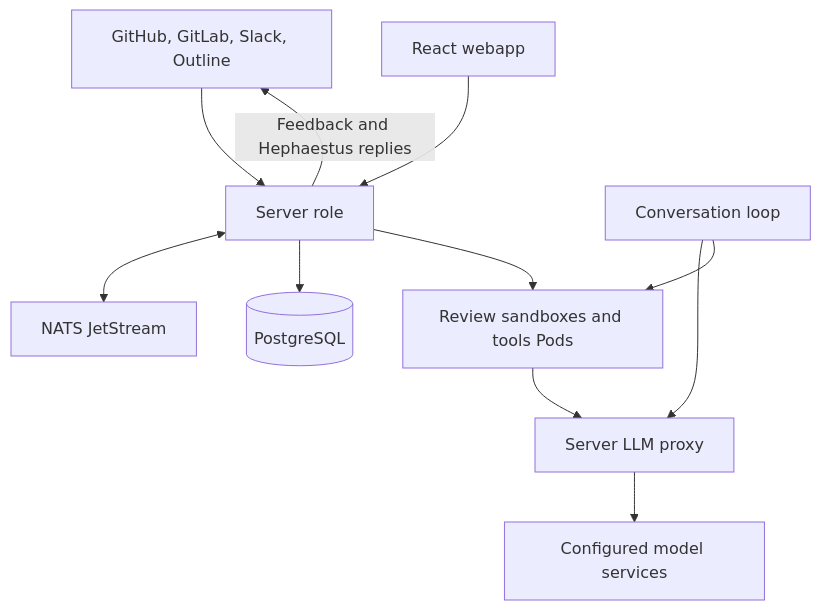
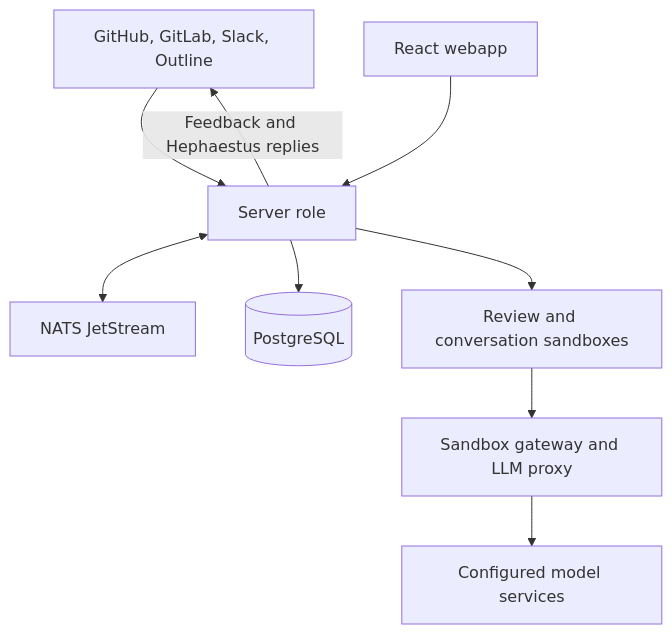
The first of 3 diagrams in docs/contributor/system-design.mdx (hephaestus-build/Hephaestus), drawn with Mermaid before and after one commit. The commit also changed other lines of this file and 279 other files, not shown here.

Commit message:
refactor(server): run conversation turns in shared sandboxes

````diff
--- a/docs/contributor/system-design.mdx
+++ b/docs/contributor/system-design.mdx
@@ -10,15 +10,13 @@
 ```mermaid
 flowchart TB
     accTitle: Hephaestus runtime topology
-    accDescr: The webapp calls the server. The server's receiver verifies provider events and publishes them to NATS. The server consumes events and writes jobs and conversation turns to PostgreSQL. With sandboxes enabled, the server claims them from PostgreSQL and runs reviews in sandboxes. The conversation loop pulls conversation turns from the servers and runs their tools in tools Pods.
+    accDescr: The server claims review and conversation runs from PostgreSQL. Their sandbox drivers renew run leases and call any server replica through the sandbox gateway. The gateway streams conversation deltas through PostgreSQL to each live hub.
     Providers[GitHub, GitLab, Slack, Outline] --> Server[Server role]
     Server <--> NATS[NATS JetStream]
     SPA[React webapp] --> Server
     Server --> DB[(PostgreSQL)]
-    Server --> Sandbox[Review sandboxes and tools Pods]
-    Loop[Conversation loop] --> Proxy
-    Loop --> Sandbox
-    Sandbox --> Proxy[Server LLM proxy]
+    Server --> Sandbox[Review and conversation sandboxes]
+    Sandbox --> Proxy[Sandbox gateway and LLM proxy]
     Proxy --> Models[Configured model services]
     Server -->|Feedback and Hephaestus replies| Providers
 ```
````
